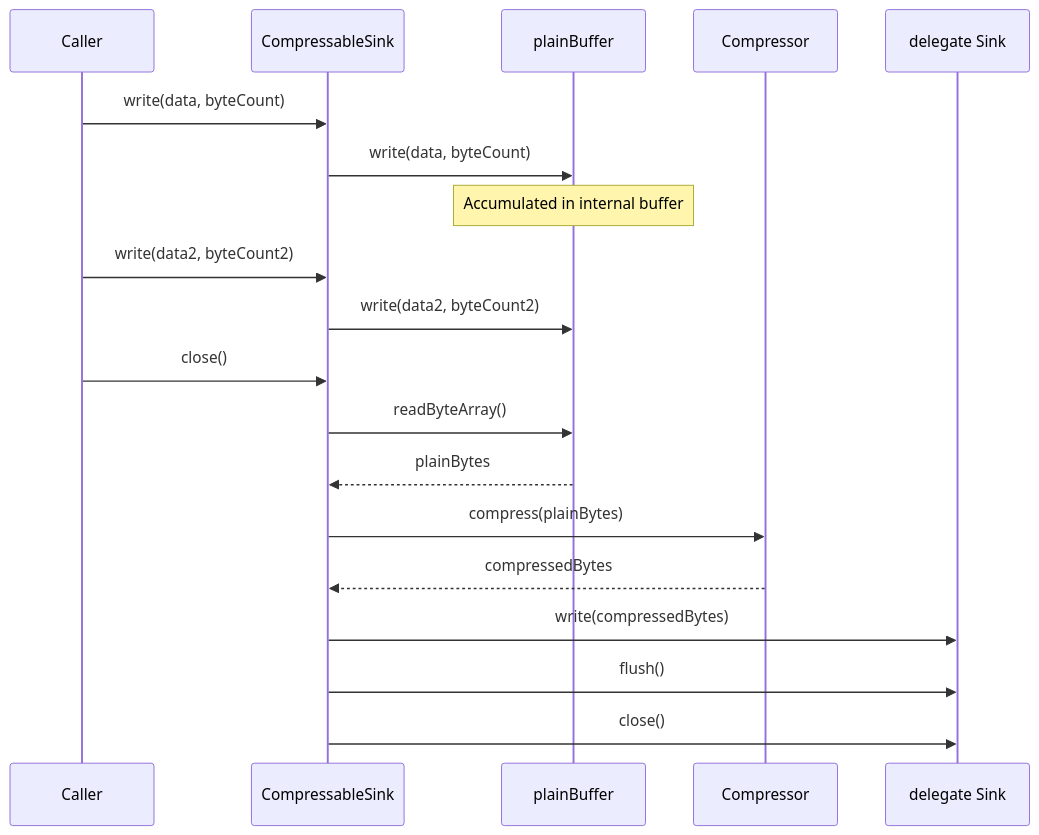
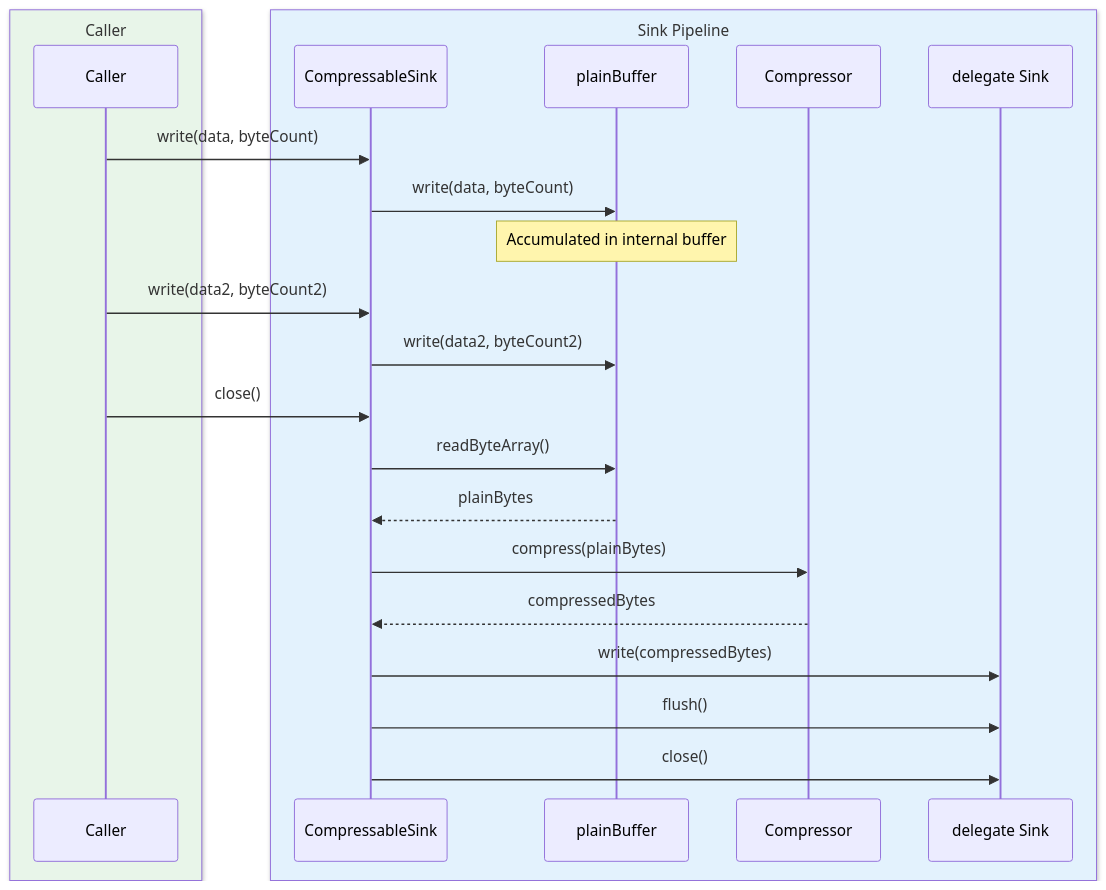
Before and after one commit to bluetape4k/bluetape4k-projects: the fifth of 9 diagrams in io/okio/README.md, drawn with Mermaid. The commit also changed other lines of this file and 221 other files, not shown here.

First line of the commit message:
docs: 전체 모듈 README UML 다이어그램 보강 및 색상 업그레이드

````diff
--- a/io/okio/README.md
+++ b/io/okio/README.md
@@ -543,24 +581,28 @@
 ```mermaid
 sequenceDiagram
-    participant C as Caller
-    participant CS as CompressableSink
-    participant PB as plainBuffer
-    participant Comp as Compressor
-    participant D as delegate Sink
+    box rgb(232, 245, 233) Caller
+        participant C as Caller
+    end
+    box rgb(227, 242, 253) Sink Pipeline
+        participant CS as CompressableSink
+        participant PB as plainBuffer
+        participant Comp as Compressor
+        participant D as delegate Sink
+    end
 
     C->>CS: write(data, byteCount)
     CS->>PB: write(data, byteCount)
     Note over PB: Accumulated in internal buffer
 
     C->>CS: write(data2, byteCount2)
     CS->>PB: write(data2, byteCount2)
 
     C->>CS: close()
     CS->>PB: readByteArray()
     PB-->>CS: plainBytes
     CS->>Comp: compress(plainBytes)
     Comp-->>CS: compressedBytes
     CS->>D: write(compressedBytes)
     CS->>D: flush()
     CS->>D: close()
 ```
````
